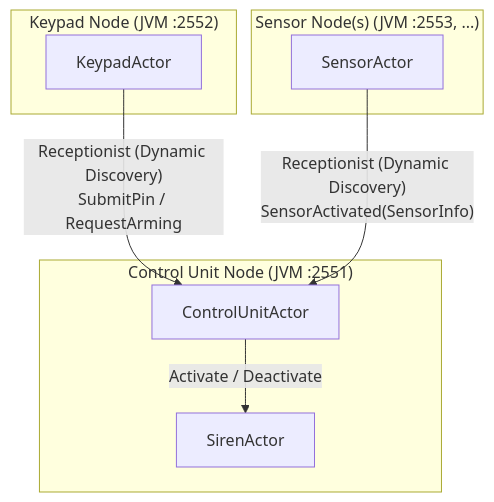
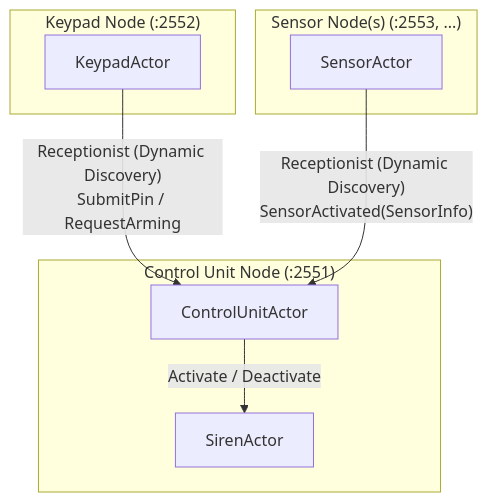
One commit to pcd-26/PCD-26 changed the first of 2 diagrams in assignment-4/clustered-smart-home-alarm-system/docs/architettura-e-funzionamento.md. Above: the diagram before and after it, drawn with Mermaid. The commit also changed other lines of this file and 8 other files, not shown here.

````diff
--- a/assignment-4/clustered-smart-home-alarm-system/docs/architettura-e-funzionamento.md
+++ b/assignment-4/clustered-smart-home-alarm-system/docs/architettura-e-funzionamento.md
@@ -15,19 +15,19 @@
 ```mermaid
 graph TD
-    subgraph "Keypad Node (JVM :2552)"
+    subgraph "Keypad Node (:2552)"
         KP[KeypadActor]
     end
 
-    subgraph "Control Unit Node (JVM :2551)"
+    subgraph "Control Unit Node (:2551)"
         CU[ControlUnitActor]
         SR[SirenActor]
     end
 
-    subgraph "Sensor Node(s) (JVM :2553, ...)"
+    subgraph "Sensor Node(s) (:2553, ...)"
         SN[SensorActor]
     end
 
     KP -- "Receptionist (Dynamic Discovery)<br/>SubmitPin / RequestArming" --> CU
     SN -- "Receptionist (Dynamic Discovery)<br/>SensorActivated(SensorInfo)" --> CU
     CU -- "Activate / Deactivate" --> SR
 ```
````
